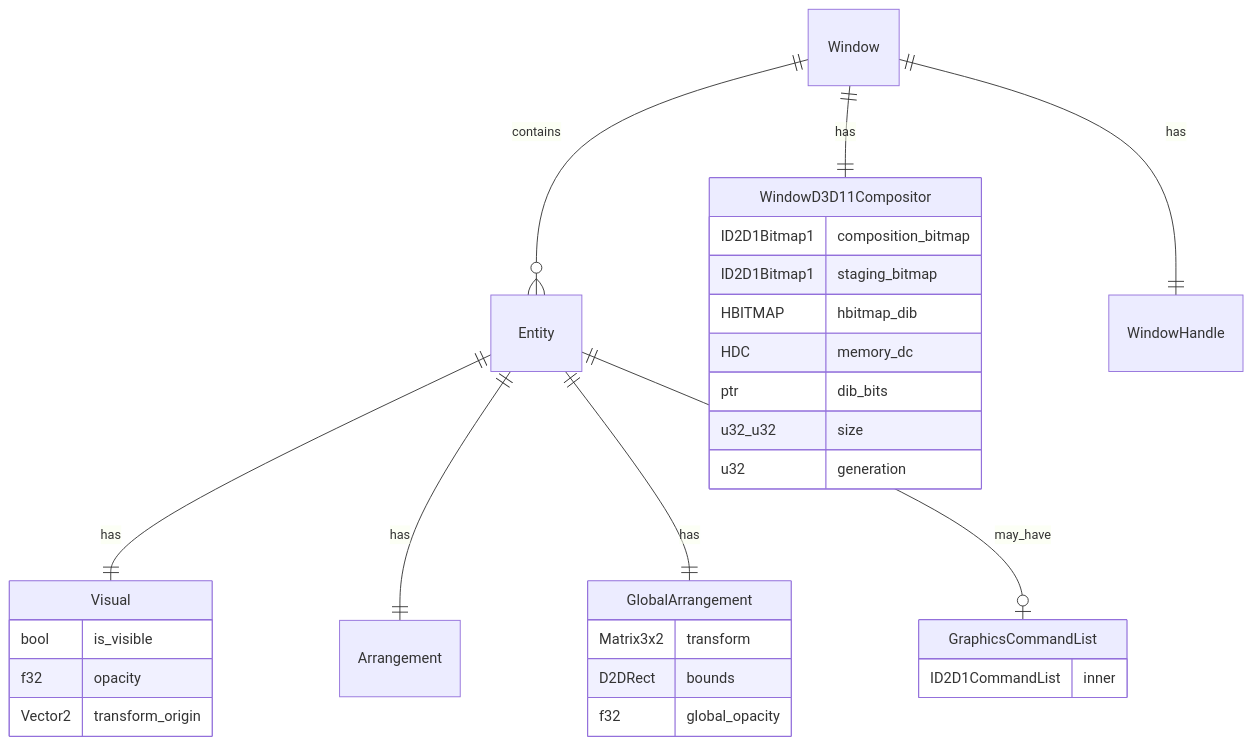
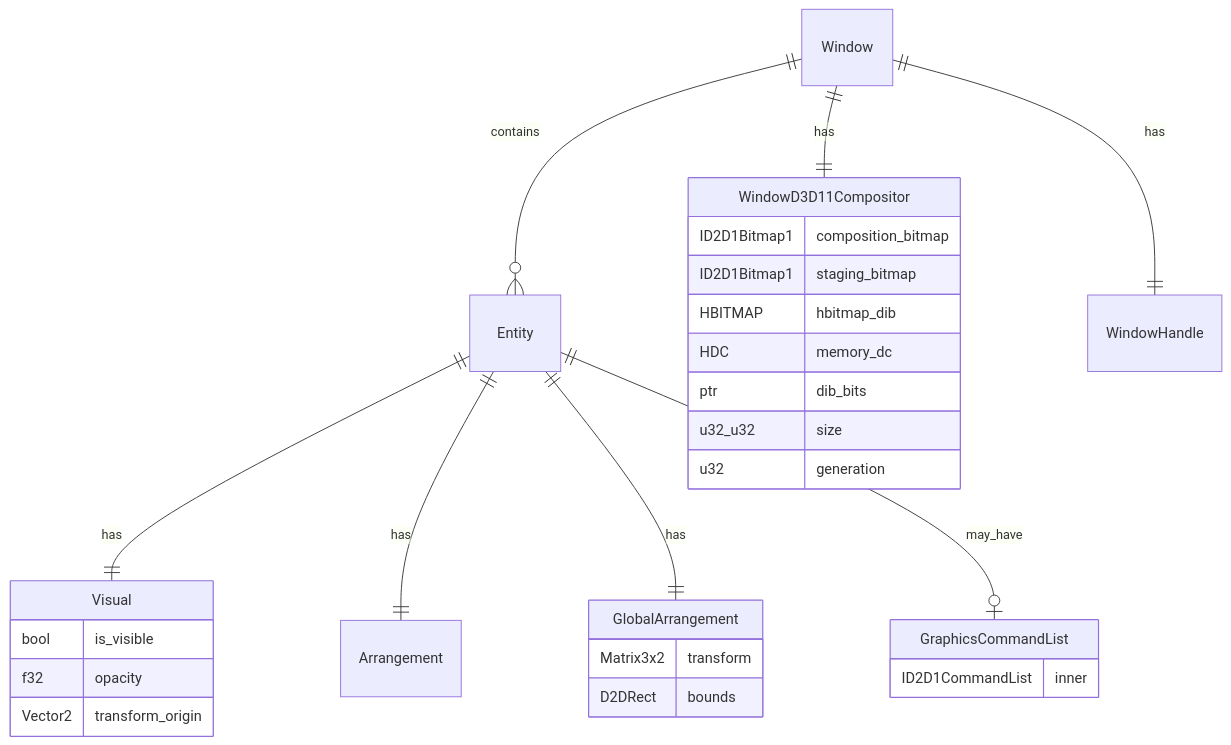
The fifth of 6 diagrams in .kiro/specs/wintf-dcomp-to-layered-migration/design.md (ekicyou/areka), drawn with Mermaid before and after one commit. The commit also changed other lines of this file and 12 other files, not shown here.

````diff
--- a/.kiro/specs/wintf-dcomp-to-layered-migration/design.md
+++ b/.kiro/specs/wintf-dcomp-to-layered-migration/design.md
@@ -600,37 +604,36 @@
 ```mermaid
 erDiagram
     Window ||--o{ Entity : contains
     Window ||--|| WindowD3D11Compositor : has
     Window ||--|| WindowHandle : has
 
     Entity ||--|| Visual : has
     Entity ||--|| Arrangement : has
     Entity ||--|| GlobalArrangement : has
     Entity ||--o| GraphicsCommandList : may_have
 
     WindowD3D11Compositor {
         ID2D1Bitmap1 composition_bitmap
         ID2D1Bitmap1 staging_bitmap
         HBITMAP hbitmap_dib
         HDC memory_dc
         ptr dib_bits
         u32_u32 size
         u32 generation
     }
 
     Visual {
         bool is_visible
         f32 opacity
         Vector2 transform_origin
     }
 
     GlobalArrangement {
         Matrix3x2 transform
         D2DRect bounds
-        f32 global_opacity
     }
 
     GraphicsCommandList {
         ID2D1CommandList inner
     }
 ```
````
